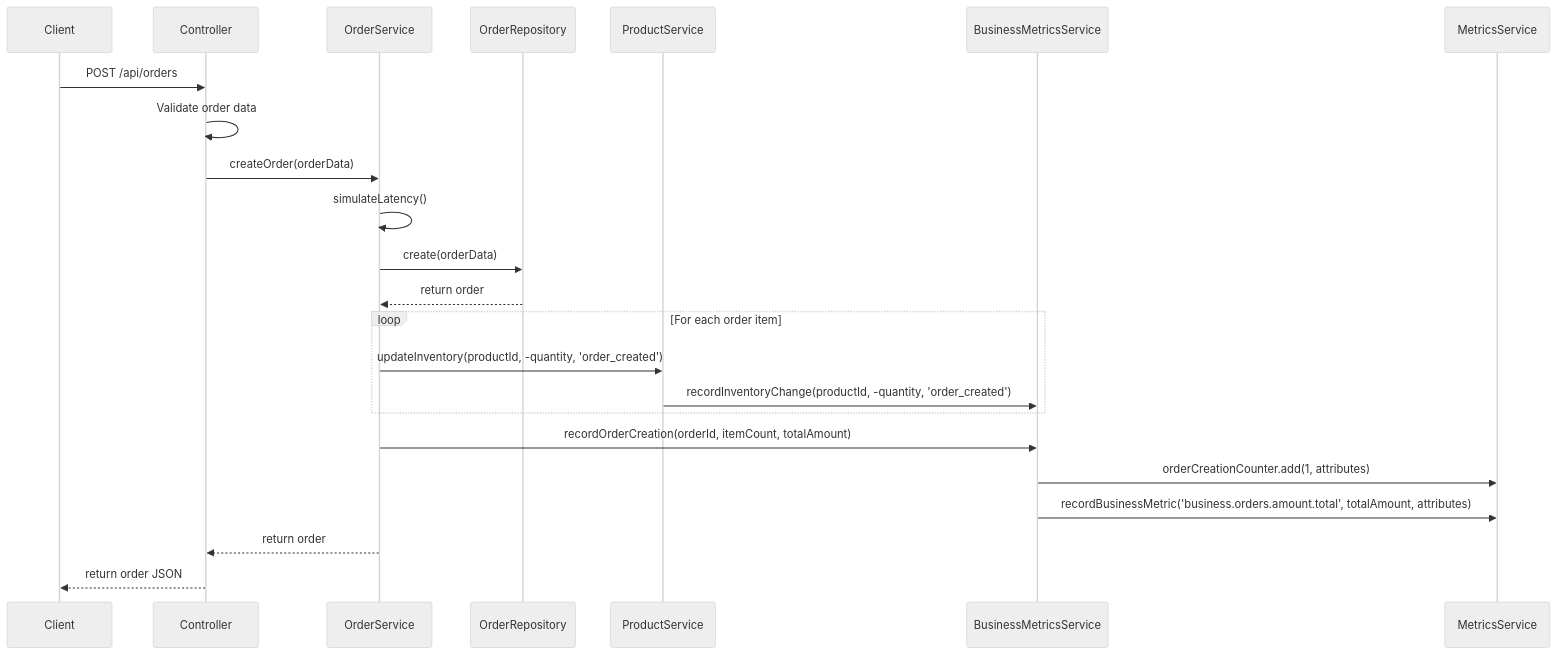
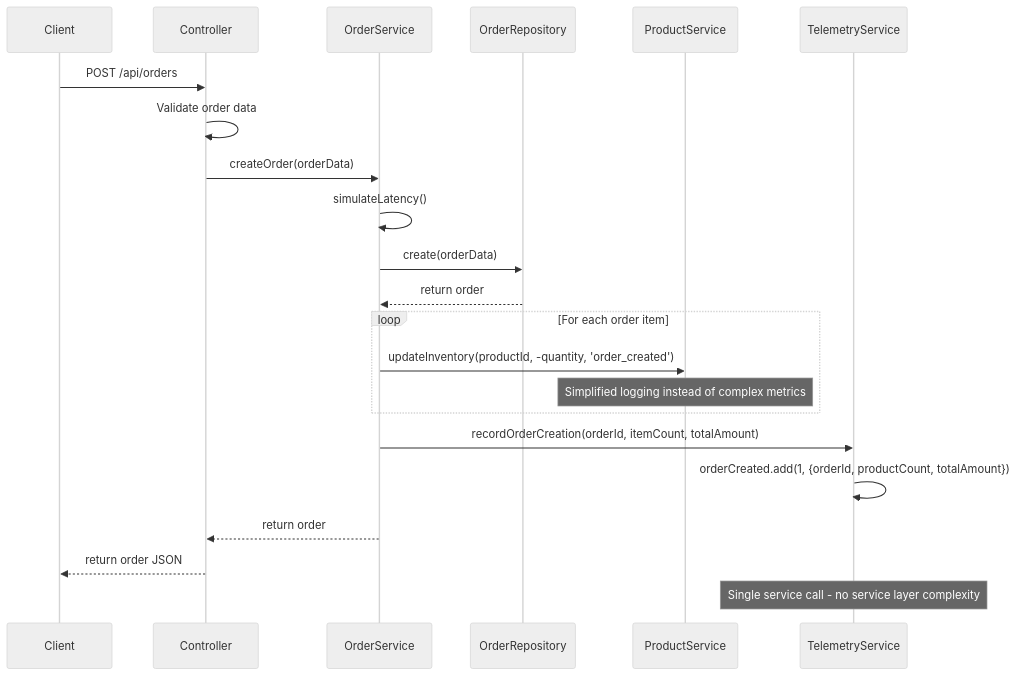
One commit to rswift/kleva-komputa changed the fifth of 6 diagrams in docs/diagrams/sequence-diagrams.md. Above: the diagram before and after it, drawn with Mermaid (neutral theme). The commit also changed other lines of this file and 37 other files, not shown here.

````diff
--- a/docs/diagrams/sequence-diagrams.md
+++ b/docs/diagrams/sequence-diagrams.md
@@ -156,29 +139,29 @@
 ```mermaid
 sequenceDiagram
     participant Client
     participant Controller
     participant OrderService
     participant OrderRepository
     participant ProductService
-    participant BusinessMetricsService
-    participant MetricsService
+    participant TelemetryService
 
     Client->>Controller: POST /api/orders
     Controller->>Controller: Validate order data
     Controller->>OrderService: createOrder(orderData)
     OrderService->>OrderService: simulateLatency()
     OrderService->>OrderRepository: create(orderData)
     OrderRepository-->>OrderService: return order
     
     loop For each order item
         OrderService->>ProductService: updateInventory(productId, -quantity, 'order_created')
-        ProductService->>BusinessMetricsService: recordInventoryChange(productId, -quantity, 'order_created')
+        Note over ProductService: Simplified logging instead of complex metrics
     end
     
-    OrderService->>BusinessMetricsService: recordOrderCreation(orderId, itemCount, totalAmount)
-    BusinessMetricsService->>MetricsService: orderCreationCounter.add(1, attributes)
-    BusinessMetricsService->>MetricsService: recordBusinessMetric('business.orders.amount.total', totalAmount, attributes)
+    OrderService->>TelemetryService: recordOrderCreation(orderId, itemCount, totalAmount)
+    TelemetryService->>TelemetryService: orderCreated.add(1, {orderId, productCount, totalAmount})
     
     OrderService-->>Controller: return order
     Controller-->>Client: return order JSON
+    
+    Note over TelemetryService: Single service call - no service layer complexity
 ```
````
